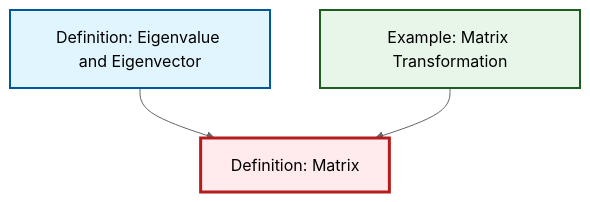
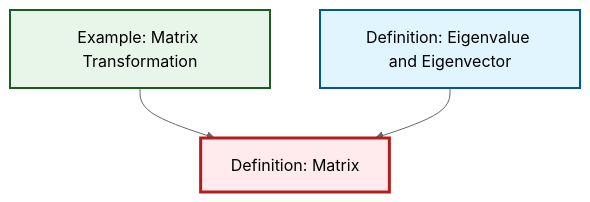
Before and after one commit to RK0429/ModernMath: the diagram in content/ja/algebra/def-matrix.qmd, drawn with Mermaid (neutral theme). The commit also changed other lines of this file and 417 other files, not shown here.

````diff
--- a/content/ja/algebra/def-matrix.qmd
+++ b/content/ja/algebra/def-matrix.qmd
@@ -58,17 +58,17 @@
 ```{mermaid}
 %%| fig-cap: "Local dependency graph"
 graph TD
     classDef definition fill:#e1f5fe,stroke:#01579b,stroke-width:2px
     classDef theorem fill:#f3e5f5,stroke:#4a148c,stroke-width:2px
     classDef axiom fill:#fff3e0,stroke:#e65100,stroke-width:2px
     classDef example fill:#e8f5e9,stroke:#1b5e20,stroke-width:2px
     classDef current fill:#ffebee,stroke:#b71c1c,stroke-width:3px
     def-matrix["Definition: Matrix"]:::definition
+    def-eigenvalue-eigenvector["Definition: Eigenvalue and Eigenvector"]:::definition
     ex-matrix-transformation["Example: Matrix Transformation"]:::example
-    def-eigenvalue-eigenvector["Definition: Eigenvalue and Eigenvector"]:::definition
+    ex-matrix-transformation --> def-matrix
     def-eigenvalue-eigenvector --> def-matrix
-    ex-matrix-transformation --> def-matrix
     class def-matrix current
+    click def-eigenvalue-eigenvector "def-eigenvalue-eigenvector.html" "Definition: Eigenvalue and Eigenvectorへ"
     click ex-matrix-transformation "ex-matrix-transformation.html" "Example: Matrix Transformationへ"
-    click def-eigenvalue-eigenvector "def-eigenvalue-eigenvector.html" "Definition: Eigenvalue and Eigenvectorへ"
 ```
````
